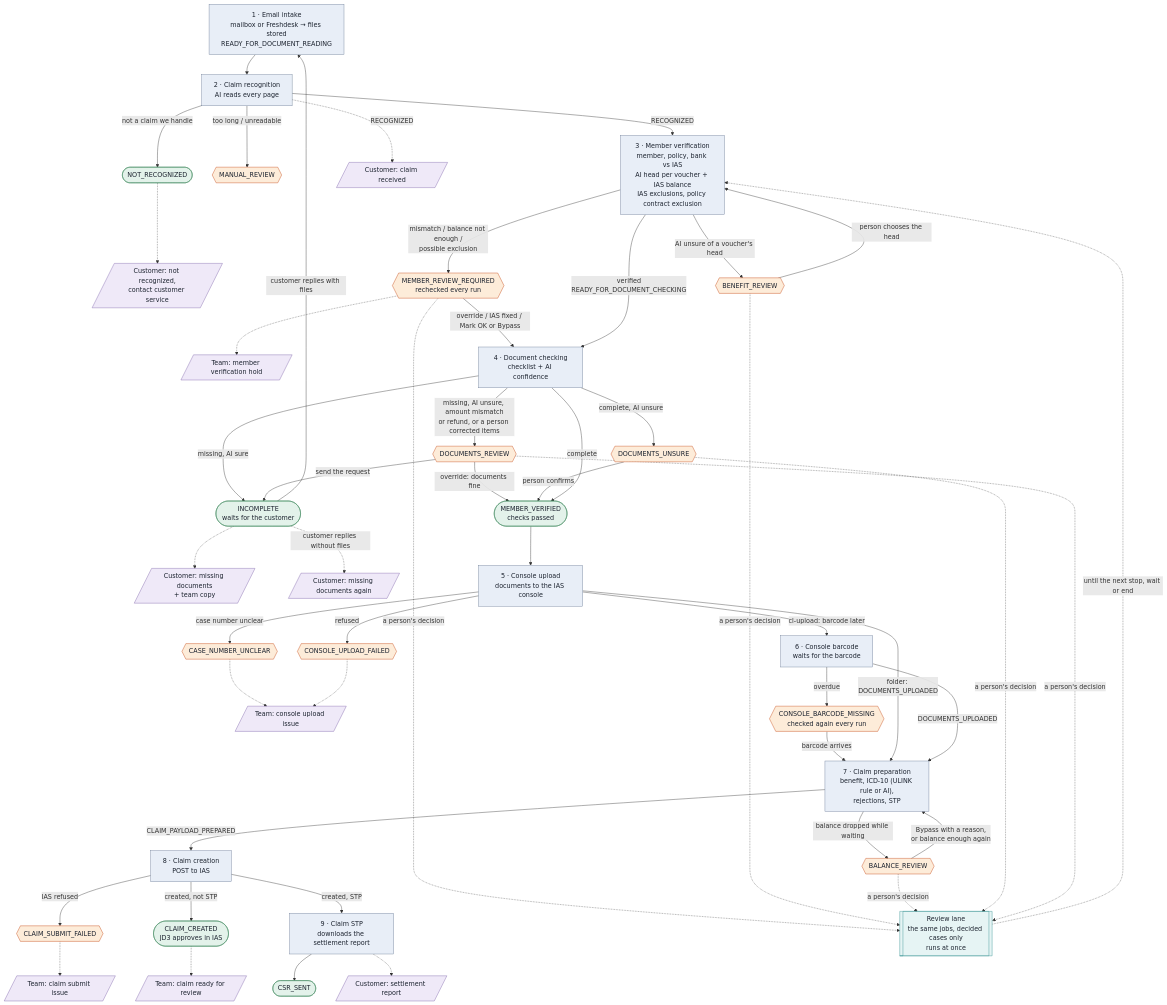
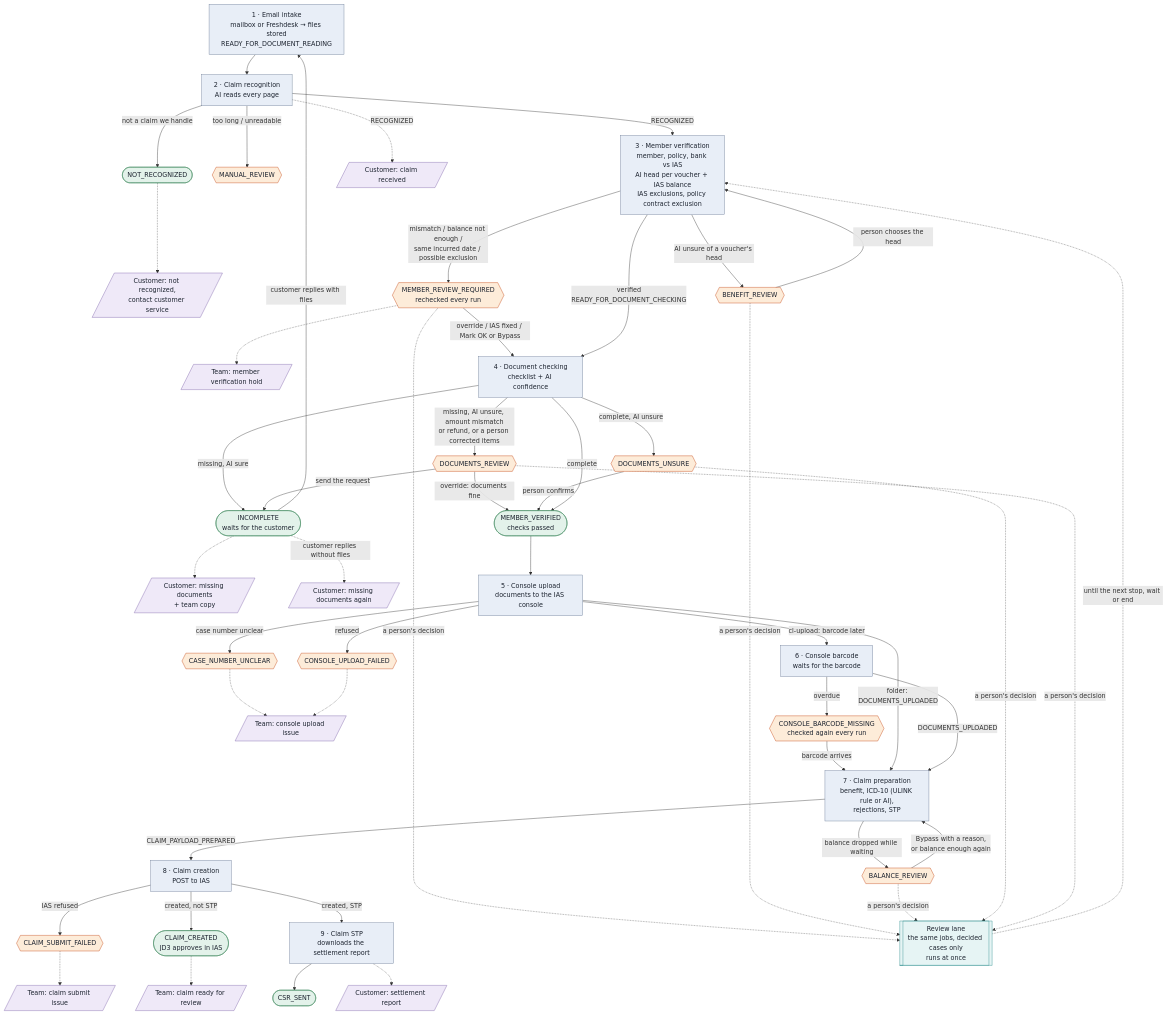
One commit to stevenyeo99/ulink-admin changed the diagram in docs/system/flowchart/EMAIL_CASE_FLOWCHART.md. Above: the diagram before and after it, drawn with Mermaid. The commit also changed other lines of this file and 22 other files, not shown here.

````diff
--- a/docs/system/flowchart/EMAIL_CASE_FLOWCHART.md
+++ b/docs/system/flowchart/EMAIL_CASE_FLOWCHART.md
@@ -28,52 +28,52 @@
 ```mermaid
 flowchart TD
   classDef job fill:#e8eef7,stroke:#6b7c96,color:#1d2430
   classDef stop fill:#fdecd9,stroke:#c2410c,color:#1d2430
   classDef done fill:#e3f2ea,stroke:#3f8a5f,color:#1d2430
   classDef mail fill:#efe9f8,stroke:#7a5ea8,color:#1d2430
 
   A[1 · Email intake<br/>mailbox or Freshdesk → files stored<br/>READY_FOR_DOCUMENT_READING]:::job --> C[2 · Claim recognition<br/>AI reads every page]:::job
   C -->|not a claim we handle| NR([NOT_RECOGNIZED]):::done
   NR -.-> E1[/Customer: not recognized,<br/>contact customer service/]:::mail
   C -->|too long / unreadable| MR{{MANUAL_REVIEW}}:::stop
   C -->|RECOGNIZED| D[3 · Member verification<br/>member, policy, bank vs IAS<br/>AI head per voucher + IAS balance<br/>IAS exclusions, policy contract exclusion]:::job
   C -.->|RECOGNIZED| E2[/Customer: claim received/]:::mail
-  D -->|mismatch / balance not enough /<br/>possible exclusion| MV{{MEMBER_REVIEW_REQUIRED<br/>rechecked every run}}:::stop
+  D -->|mismatch / balance not enough /<br/>same incurred date / possible exclusion| MV{{MEMBER_REVIEW_REQUIRED<br/>rechecked every run}}:::stop
   MV -.-> E3[/Team: member verification hold/]:::mail
   MV -->|override / IAS fixed / Mark OK or Bypass| E
   D -->|AI unsure of a voucher's head| BR{{BENEFIT_REVIEW}}:::stop
   BR -->|person chooses the head| D
   D -->|verified<br/>READY_FOR_DOCUMENT_CHECKING| E[4 · Document checking<br/>checklist + AI confidence]:::job
   E -->|missing, AI sure| IN([INCOMPLETE<br/>waits for the customer]):::done
   IN -.-> E4[/Customer: missing documents<br/>+ team copy/]:::mail
   E -->|missing, AI unsure, amount mismatch<br/>or refund, or a person corrected items| DR{{DOCUMENTS_REVIEW}}:::stop
   DR -->|send the request| IN
   DR -->|override: documents fine| MVD
   E -->|complete, AI unsure| DU{{DOCUMENTS_UNSURE}}:::stop
   DU -->|person confirms| MVD
   E -->|complete| MVD([MEMBER_VERIFIED<br/>checks passed]):::done
   IN -->|customer replies with files| A
   IN -.->|customer replies without files| E5[/Customer: missing documents again/]:::mail
   MVD --> F[5 · Console upload<br/>documents to the IAS console]:::job
   F -->|case number unclear| CN{{CASE_NUMBER_UNCLEAR}}:::stop
   F -->|refused| CU{{CONSOLE_UPLOAD_FAILED}}:::stop
   CN & CU -.-> E6[/Team: console upload issue/]:::mail
   F -->|cl-upload: barcode later| G[6 · Console barcode<br/>waits for the barcode]:::job
   G -->|overdue| CB{{CONSOLE_BARCODE_MISSING<br/>checked again every run}}:::stop
   CB -->|barcode arrives| H
   F -->|folder: DOCUMENTS_UPLOADED| H
   G -->|DOCUMENTS_UPLOADED| H["7 · Claim preparation<br/>benefit, ICD-10 (ULINK rule or AI),<br/>rejections, STP"]:::job
   H -->|balance dropped while waiting| BL{{BALANCE_REVIEW}}:::stop
   BL -->|Bypass with a reason,<br/>or balance enough again| H
   H -->|CLAIM_PAYLOAD_PREPARED| I[8 · Claim creation<br/>POST to IAS]:::job
   I -->|IAS refused| RF{{CLAIM_SUBMIT_FAILED}}:::stop
   RF -.-> E7[/Team: claim submit issue/]:::mail
   I -->|created, not STP| R([CLAIM_CREATED<br/>JD3 approves in IAS]):::done
   R -.-> E8[/Team: claim ready for review/]:::mail
   I -->|created, STP| J[9 · Claim STP<br/>downloads the settlement report]:::job
   J --> CSR([CSR_SENT]):::done
   J -.-> E9[/Customer: settlement report/]:::mail
   classDef lane fill:#e6f4f4,stroke:#2f8f8f,color:#1d2430
   MV & BR & BL & DU & DR -.->|a person's decision| RL[[Review lane<br/>the same jobs, decided cases only<br/>runs at once]]:::lane
   RL -.->|until the next stop, wait or end| D
 ```
````
